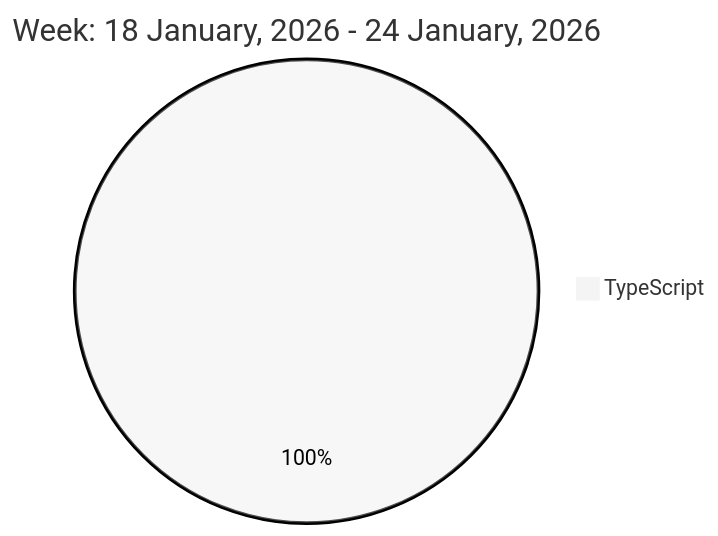
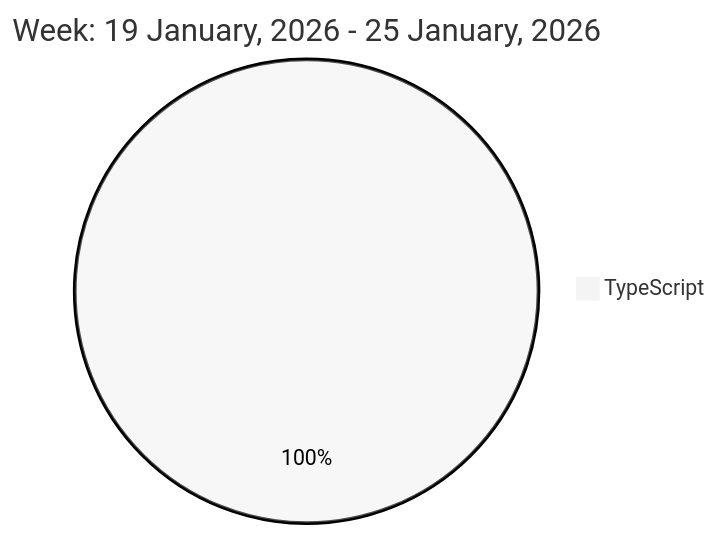
The diagram in README.md (liubin95/liubin95), drawn with Mermaid (neutral theme) before and after one commit.

Commit message:
Updated the Graph with new Metrics

````diff
--- a/README.md
+++ b/README.md
@@ -37,5 +37,5 @@
 ```mermaid
  pie
-title Week: 18 January, 2026 - 24 January, 2026
+title Week: 19 January, 2026 - 25 January, 2026
  "TypeScript" : 11.25
 ```
````
